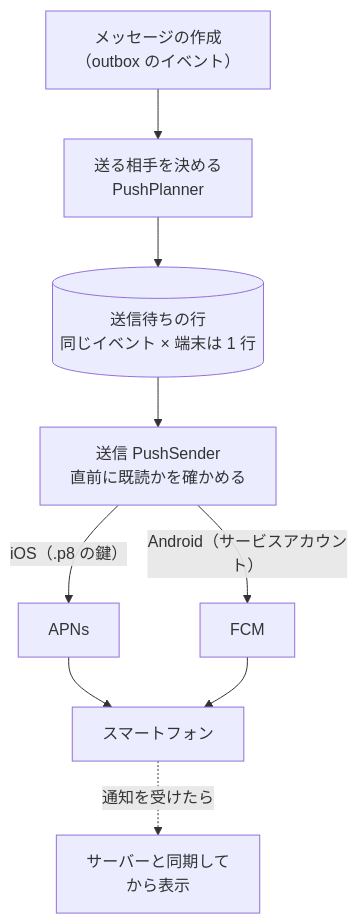
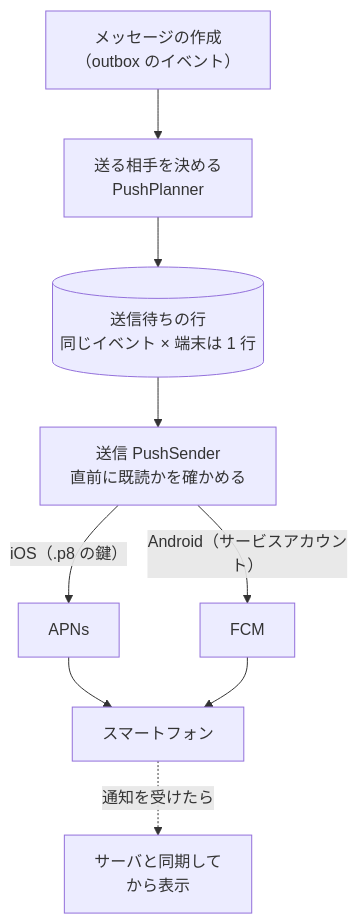
Before and after one commit to kanotown/taylis: the diagram in website/docs/how-it-works/push.md, drawn with Mermaid. The commit also changed other lines of this file and 79 other files, not shown here.

````diff
--- a/website/docs/how-it-works/push.md
+++ b/website/docs/how-it-works/push.md
@@ -16,11 +16,11 @@
 ```mermaid
 flowchart TD
   E["メッセージの作成<br>（outbox のイベント）"] --> PL["送る相手を決める<br>PushPlanner"]
   PL --> Q[("送信待ちの行<br>同じイベント × 端末は 1 行")]
   Q --> PS["送信 PushSender<br>直前に既読かを確かめる"]
   PS -- "iOS（.p8 の鍵）" --> APNS["APNs"]
   PS -- "Android（サービスアカウント）" --> FCM["FCM"]
   APNS --> DEV["スマートフォン"]
   FCM --> DEV
-  DEV -. "通知を受けたら" .-> SYNC["サーバーと同期して<br>から表示"]
+  DEV -. "通知を受けたら" .-> SYNC["サーバと同期して<br>から表示"]
 ```
````
